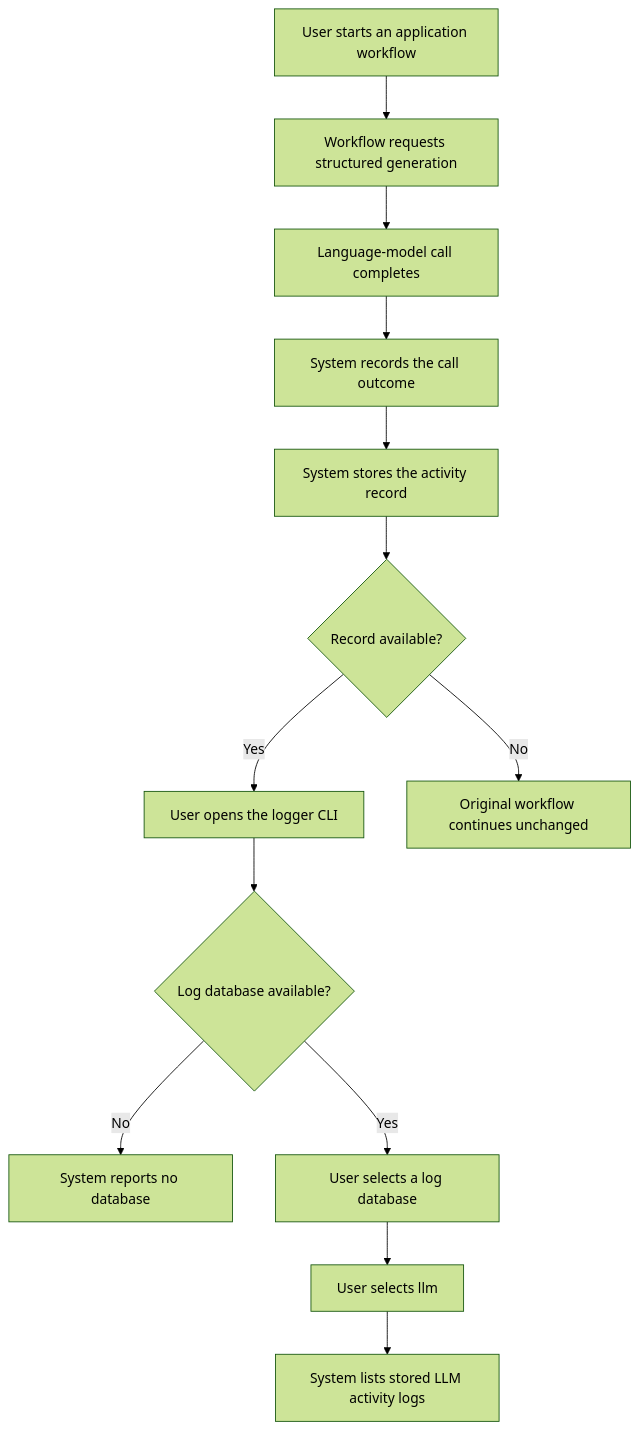
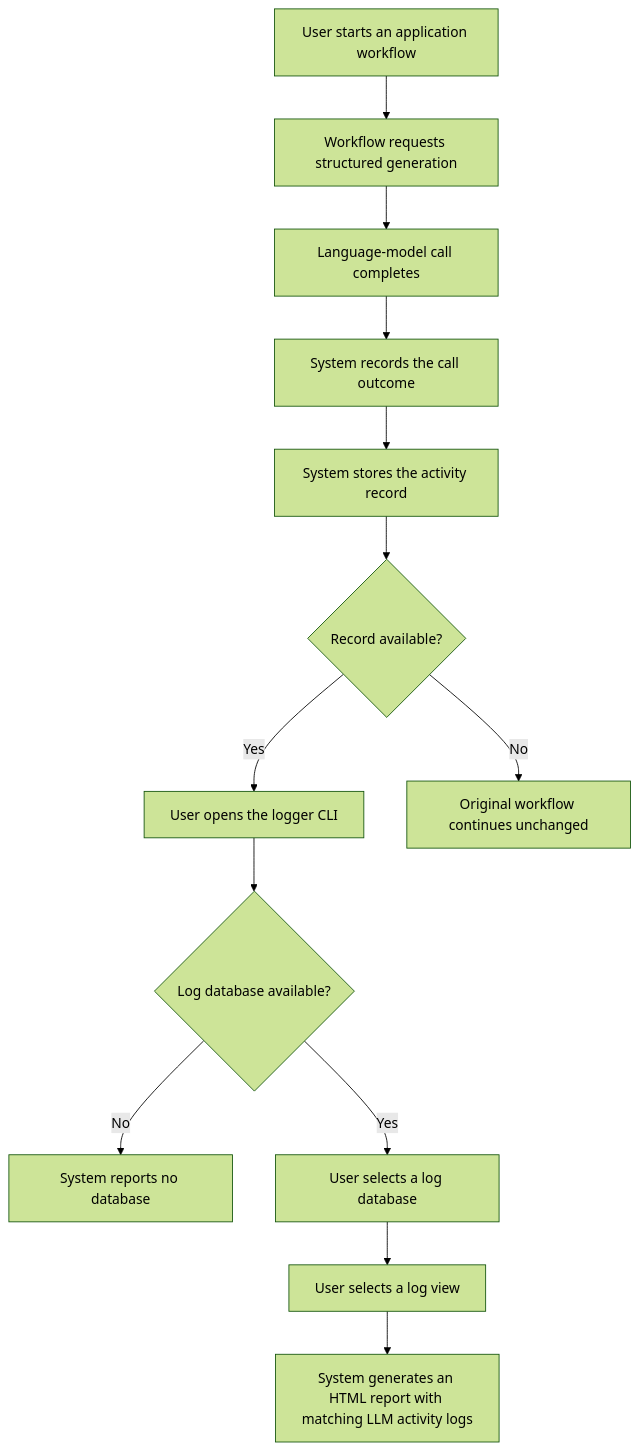
Before and after one commit to DelgadoArlee/cv-brewer: the diagram in docs/features/llm-activity-logging.md, drawn with Mermaid (forest theme). The commit also changed other lines of this file and 137 other files, not shown here.

`````diff
--- a/docs/features/llm-activity-logging.md
+++ b/docs/features/llm-activity-logging.md
@@ -17,15 +18,15 @@
 ````mermaid
 flowchart TD
     A[User starts an application workflow] --> B[Workflow requests structured generation]
     B --> C[Language-model call completes]
     C --> D[System records the call outcome]
     D --> E[System stores the activity record]
     E --> F{Record available?}
     F -->|Yes| G[User opens the logger CLI]
     F -->|No| N[Original workflow continues unchanged]
     G --> H{Log database available?}
     H -->|No| M[System reports no database]
     H -->|Yes| I[User selects a log database]
-    I --> K[User selects llm]
-    K --> L[System lists stored LLM activity logs]
+    I --> K[User selects a log view]
+    K --> L[System generates an HTML report with matching LLM activity logs]
 ````
`````
